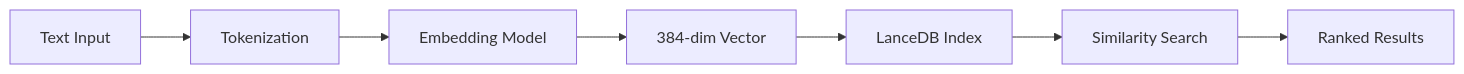
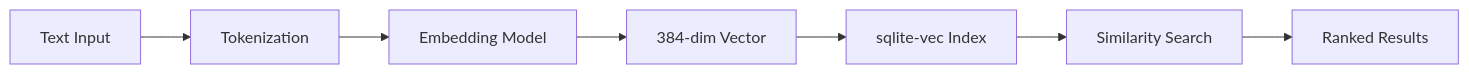
The first of 4 diagrams in docs-site/docs/features/semantic-search.md (jpollock/local-addon-nexus-ai), drawn with Mermaid before and after one commit. The commit also changed other lines of this file and 37 other files, not shown here.

First line of the commit message:
docs(site): the truth sweep — sqlite-vec everywhere, real counts, real tabs, ui-quick-start rewritten

````diff
--- a/docs-site/docs/features/semantic-search.md
+++ b/docs-site/docs/features/semantic-search.md
@@ -60,9 +60,9 @@
 ```mermaid
 graph LR
     A[Text Input] --> B[Tokenization]
     B --> C[Embedding Model]
     C --> D[384-dim Vector]
-    D --> E[LanceDB Index]
+    D --> E[sqlite-vec Index]
     E --> F[Similarity Search]
     F --> G[Ranked Results]
 ```
````
